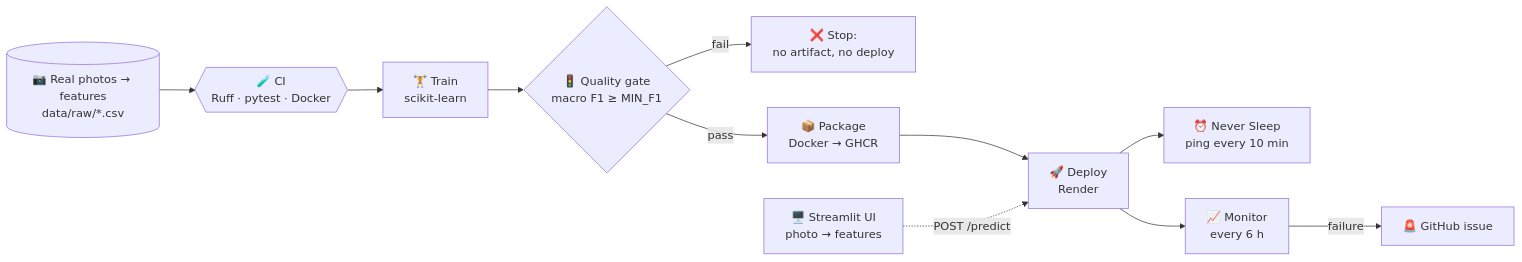
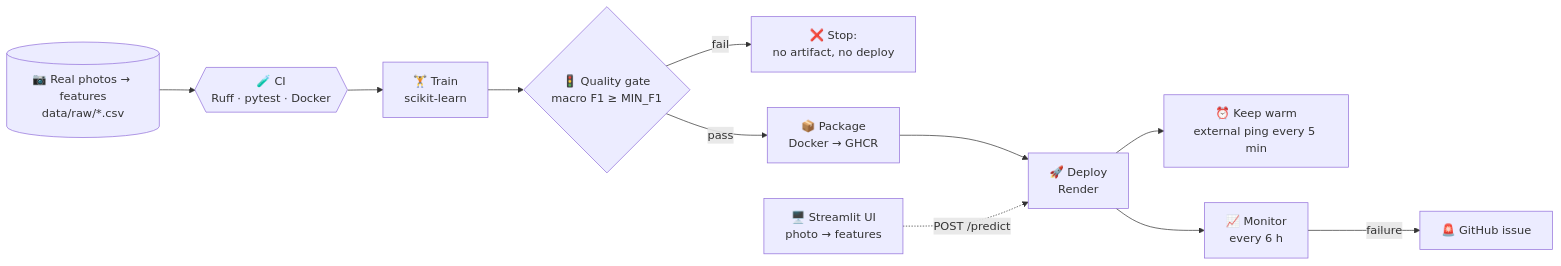
The diagram in README.md (ALEMDJOU/ProjetGitHubDevDay), drawn with Mermaid before and after one commit. The commit also changed other lines of this file and 5 other files, not shown here.

````diff
--- a/README.md
+++ b/README.md
@@ -49,13 +49,13 @@
 ```mermaid
 flowchart LR
     D[(📷 Real photos → features<br/>data/raw/*.csv)] --> CI{{🧪 CI<br/>Ruff · pytest · Docker}}
     CI --> T[🏋️ Train<br/>scikit-learn]
     T --> G{🚦 Quality gate<br/>macro F1 ≥ MIN_F1}
     G -- fail --> X[❌ Stop:<br/>no artifact, no deploy]
     G -- pass --> P[📦 Package<br/>Docker → GHCR]
     P --> DEP[🚀 Deploy<br/>Render]
-    DEP --> NS[⏰ Never Sleep<br/>ping every 10 min]
+    DEP --> NS[⏰ Keep warm<br/>external ping every 5 min]
     DEP --> M[📈 Monitor<br/>every 6 h]
     UI[🖥️ Streamlit UI<br/>photo → features] -. POST /predict .-> DEP
     M -- failure --> I[🚨 GitHub issue]
 ```
````
